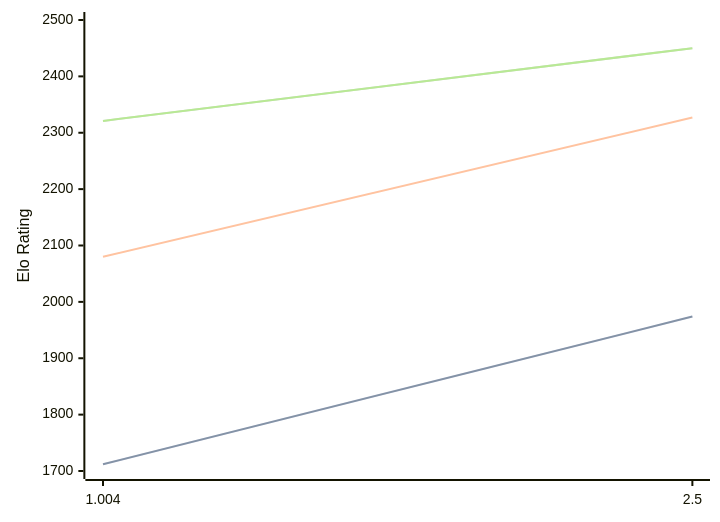
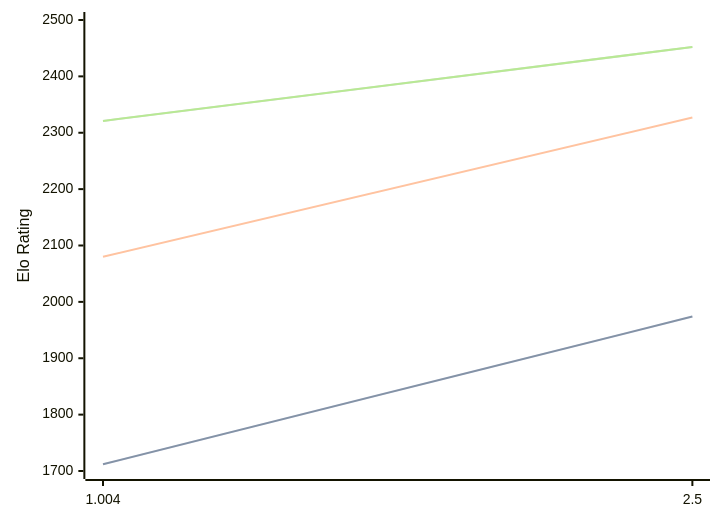
Before and after one commit to computer-chess-index/cci: the diagram in engines/Ares.md, drawn with Mermaid. The commit also changed other lines of this file, not shown here.

Commit message:
Update CCI Ratings (ELO VLTC) - 2026-09-30

````diff
--- a/engines/Ares.md
+++ b/engines/Ares.md
@@ -32,11 +32,11 @@
 ```mermaid
 %%{init: {"theme":"base","themeVariables":{"seriesColors:['#a3a3a3','#222221','#faa371']}}}%%
 xychart-beta
   x-axis ["1.004", "2.5"]
   y-axis "Elo Rating" 1700 --> 2500
   line "" [1712, 1974]
   line "STC (8.0+0.08s)" [1712, 1974]
   line "LTC (60.0+0.60s)" [2080, 2327]
-  line "" [2321, 2450]
-  line "VLTC (2m24s+1.12s)" [2321, 2450]
+  line "" [2321, 2452]
+  line "VLTC (2m24s+1.12s)" [2321, 2452]
 ```
````
